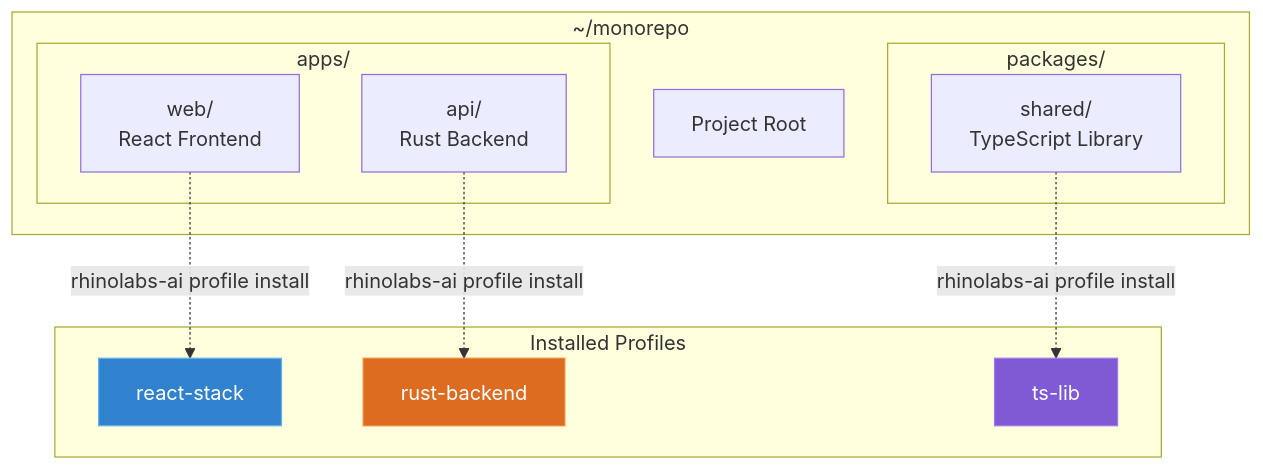
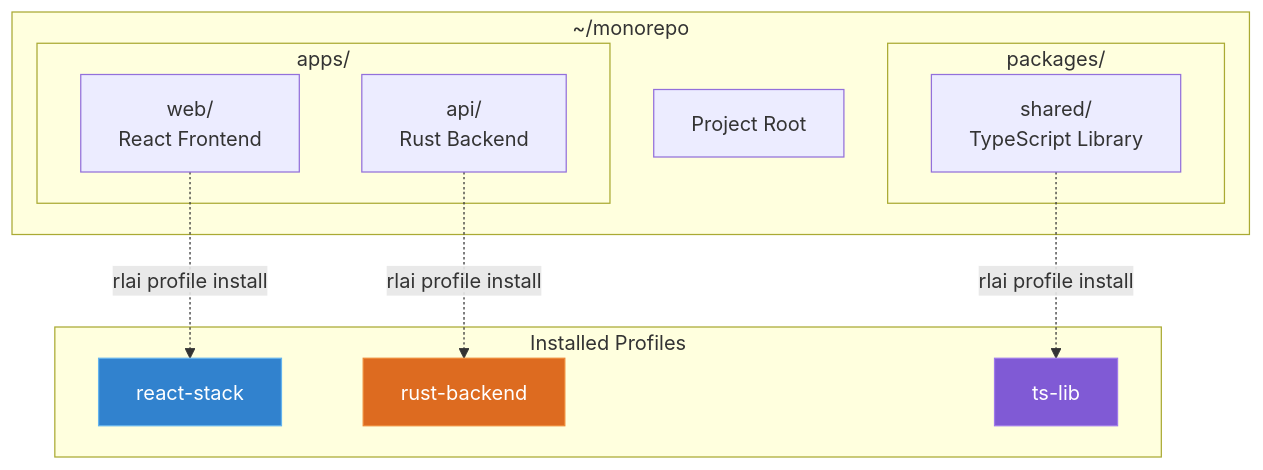
One commit to rhinolabs/ai changed the eighth of 10 diagrams in README.md. Above: the diagram before and after it, drawn with Mermaid. The commit also changed other lines of this file, not shown here.

Commit message:
docs(readme): use rlai as default binary and link to INSTALLATION.md

````diff
--- a/README.md
+++ b/README.md
@@ -345,29 +332,29 @@
 ```mermaid
 graph TB
     subgraph "~/monorepo"
         ROOT[Project Root]
 
         subgraph "apps/"
             WEB[web/<br/>React Frontend]
             API[api/<br/>Rust Backend]
         end
 
         subgraph "packages/"
             SHARED[shared/<br/>TypeScript Library]
         end
     end
 
     subgraph "Installed Profiles"
         P1[react-stack]
         P2[rust-backend]
         P3[ts-lib]
     end
 
-    WEB -.->|rhinolabs-ai profile install| P1
-    API -.->|rhinolabs-ai profile install| P2
-    SHARED -.->|rhinolabs-ai profile install| P3
+    WEB -.->|rlai profile install| P1
+    API -.->|rlai profile install| P2
+    SHARED -.->|rlai profile install| P3
 
     style P1 fill:#3182ce,stroke:#63b3ed,color:#fff
     style P2 fill:#dd6b20,stroke:#ed8936,color:#fff
     style P3 fill:#805ad5,stroke:#9f7aea,color:#fff
 ```
````
